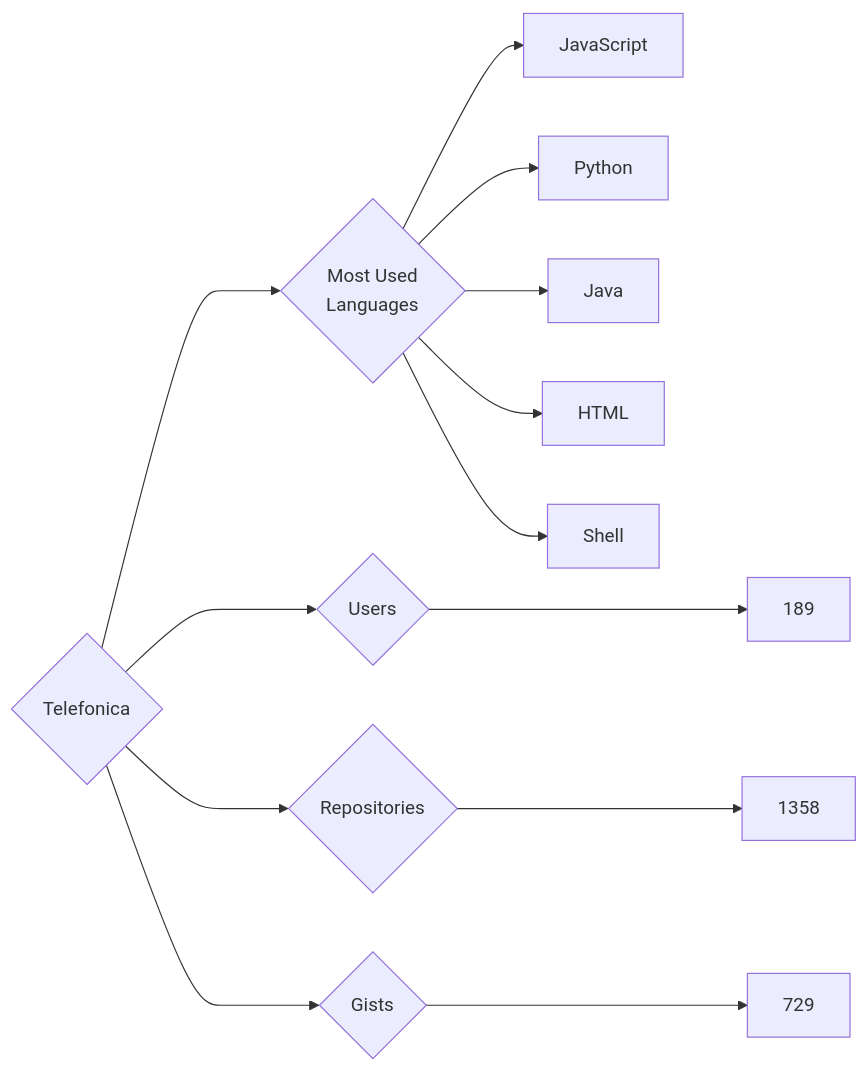
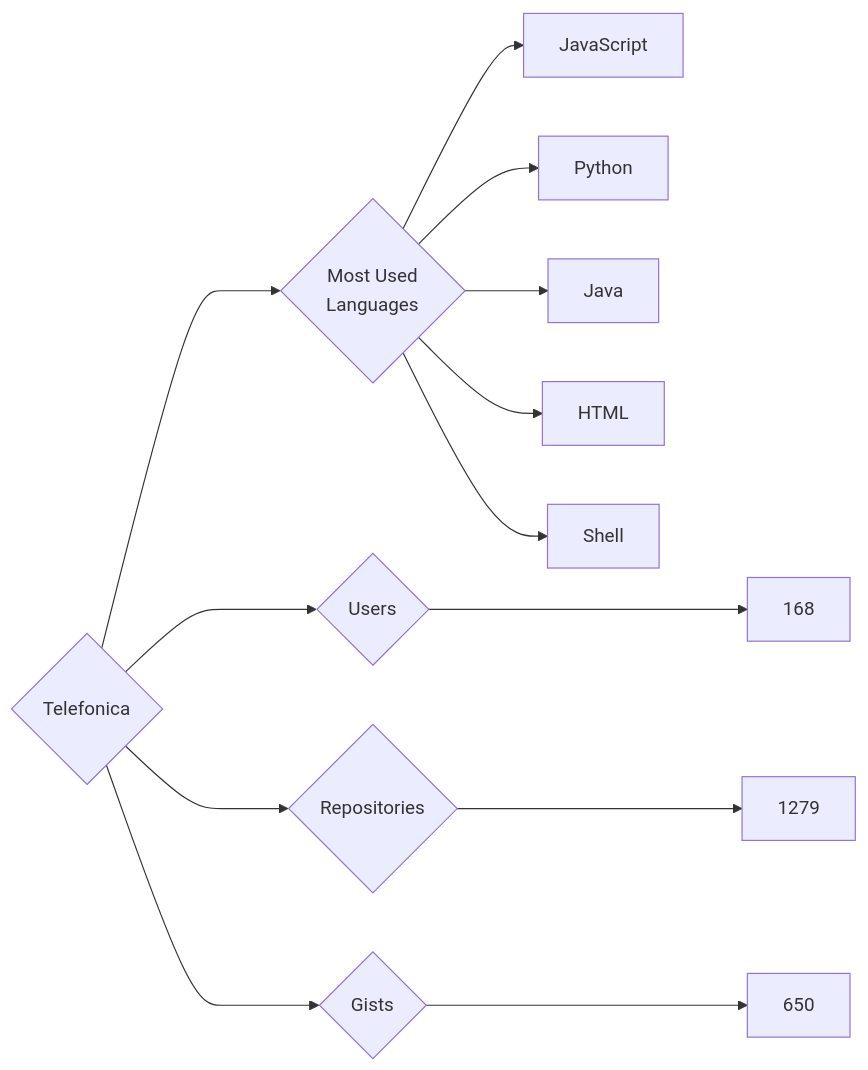
The diagram in targets/Telefonica/README.md (trickest/insiders), drawn with Mermaid before and after one commit. The commit also changed 860 other files, not shown here.

````diff
--- a/targets/Telefonica/README.md
+++ b/targets/Telefonica/README.md
@@ -3,13 +3,13 @@
 ```mermaid
 graph LR
 COMPANY_NAME{Telefonica}
-COMPANY_NAME ---> U{Users} ---> UN[189]
-COMPANY_NAME ---> R{Repositories} ---> RN[1358]
-COMPANY_NAME ---> G{Gists} ---> GN[729]
+COMPANY_NAME ---> U{Users} ---> UN[168]
+COMPANY_NAME ---> R{Repositories} ---> RN[1279]
+COMPANY_NAME ---> G{Gists} ---> GN[650]
 COMPANY_NAME ---> ML{Most Used<br>Languages}
 ML --> JavaScript[JavaScript]
 ML --> Python[Python]
 ML --> Java[Java]
 ML --> HTML[HTML]
 ML --> Shell[Shell]
 ```
````
